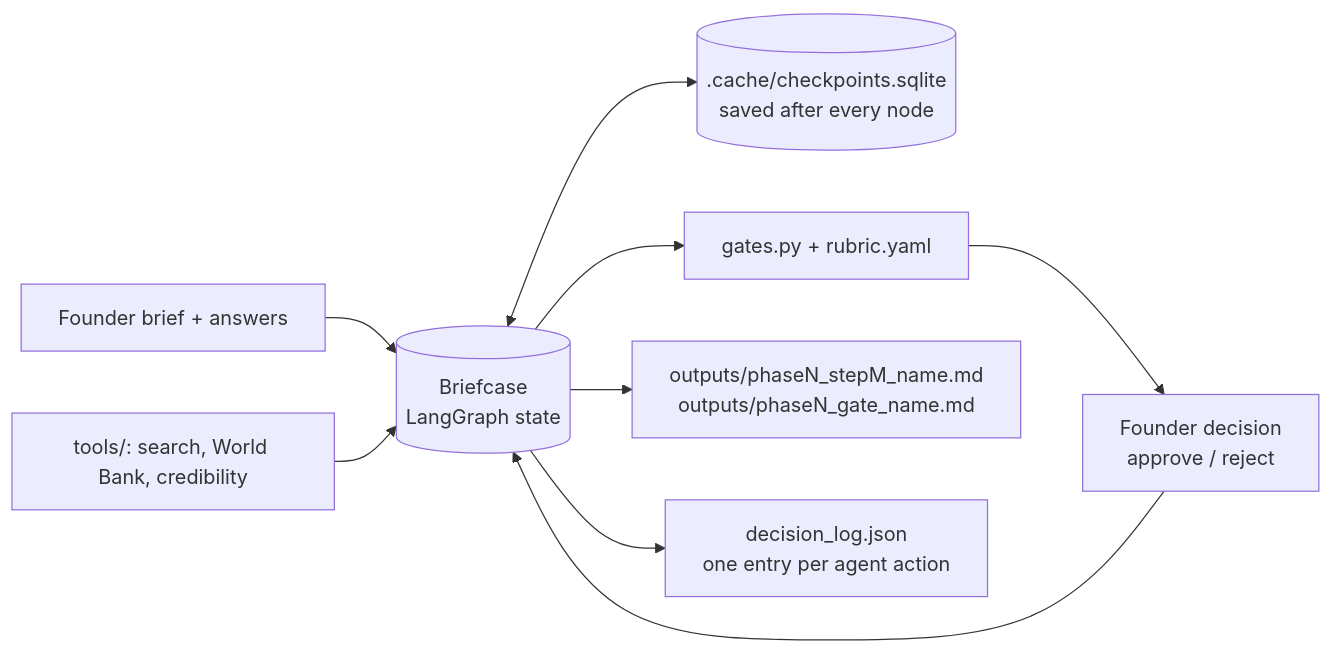
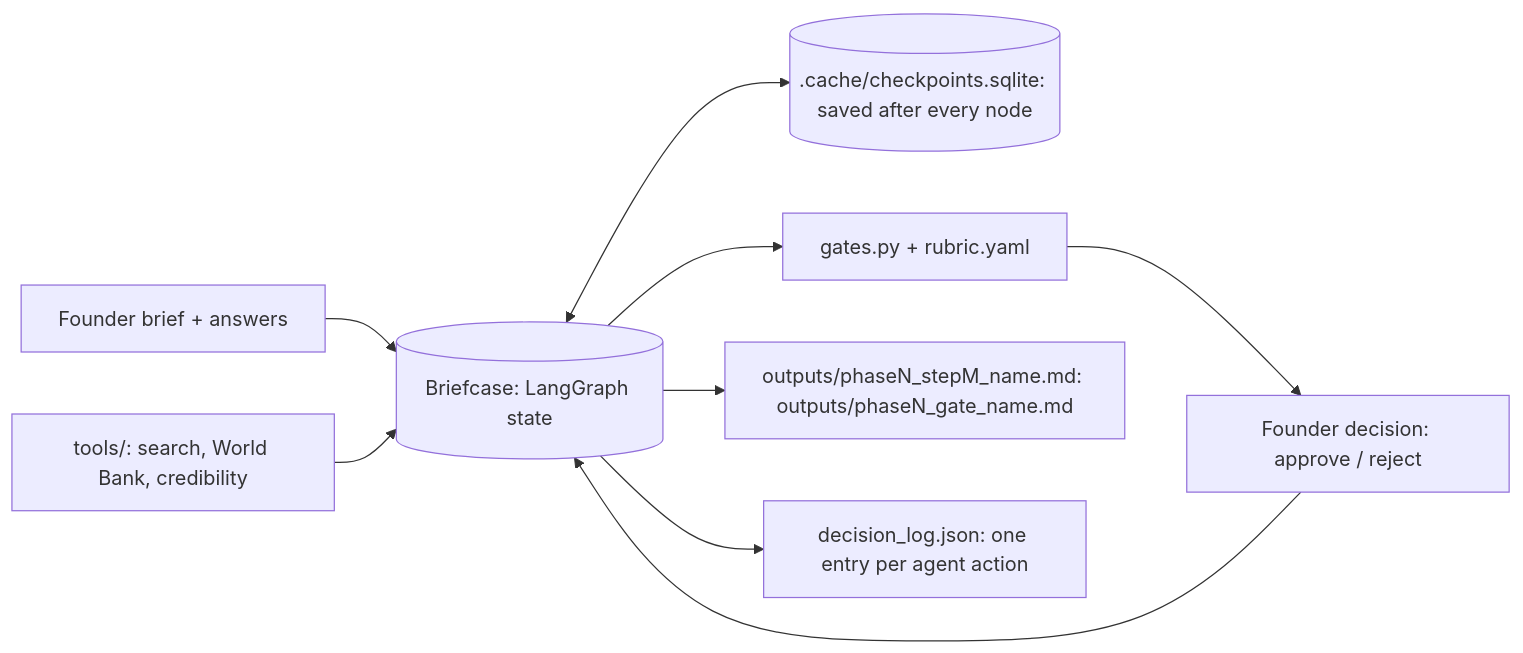
The fourth of 4 diagrams in ARCHITECTURE.md (moazezzat-sudo/agentic-venture-builder), drawn with Mermaid before and after one commit. The commit also changed other lines of this file and 6 other files, not shown here.

````diff
--- a/ARCHITECTURE.md
+++ b/ARCHITECTURE.md
@@ -253,9 +246,9 @@
 ```mermaid
 flowchart LR
-  BR["Founder brief + answers"] --> BC[("Briefcase<br/>LangGraph state")]
+  BR["Founder brief + answers"] --> BC[("Briefcase: LangGraph state")]
   T["tools/: search, World Bank, credibility"] --> BC
-  BC <--> CK[(".cache/checkpoints.sqlite<br/>saved after every node")]
-  BC --> G["gates.py + rubric.yaml"] --> FD["Founder decision<br/>approve / reject"] --> BC
-  BC --> O["outputs/phaseN_stepM_name.md<br/>outputs/phaseN_gate_name.md"]
-  BC --> L["decision_log.json<br/>one entry per agent action"]
+  BC <--> CK[(".cache/checkpoints.sqlite: saved after every node")]
+  BC --> G["gates.py + rubric.yaml"] --> FD["Founder decision: approve / reject"] --> BC
+  BC --> O["outputs/phaseN_stepM_name.md: outputs/phaseN_gate_name.md"]
+  BC --> L["decision_log.json: one entry per agent action"]
 ```
````
